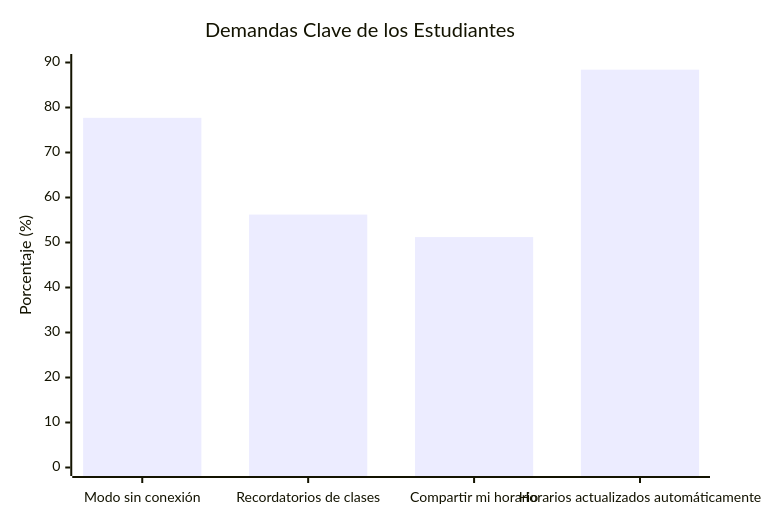
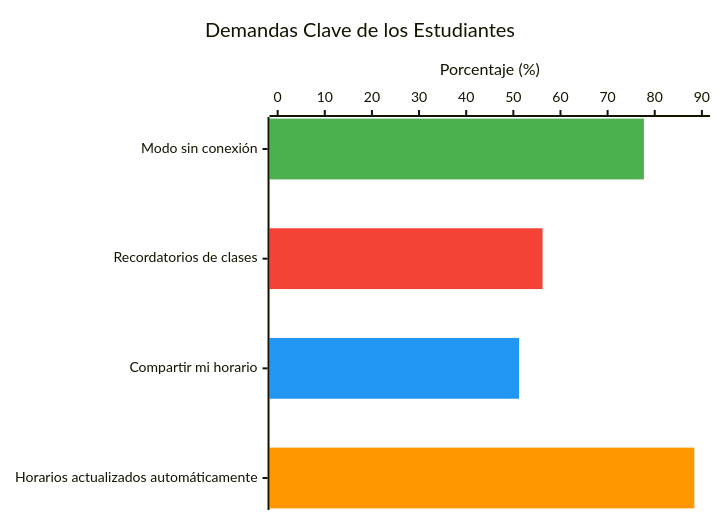
Before and after one commit to smith-3/Taller-Grado-II: the diagram in images/diagrams/encuesta_demandas.mmd, drawn with Mermaid. The commit also changed 10 other files, not shown here.

```diff
--- a/images/diagrams/encuesta_demandas.mmd
+++ b/images/diagrams/encuesta_demandas.mmd
@@ -1,5 +1,20 @@
-xychart-beta
+%%{init: {
+  'theme': 'default',
+  'themeVariables': {
+    'xyChart': {
+      'plotColorPalette': '#4CAF50, #F44336, #2196F3, #FF9800'
+    }
+  }
+}}%%
+xychart-beta horizontal
     title "Demandas Clave de los Estudiantes"
     x-axis ["Modo sin conexión", "Recordatorios de clases", "Compartir mi horario", "Horarios actualizados automáticamente"]
     y-axis "Porcentaje (%)" 0 --> 90
-    bar [77.7, 56.2, 51.2, 88.4]
+    %% Modo sin conexión -> verde
+    bar [77.7, -1.9, -1.9, -1.9]
+    %% Recordatorios de clases -> rojo
+    bar [-1.9, 56.2, -1.9, -1.9]
+    %% Compartir mi horario -> azul
+    bar [-1.9, -1.9, 51.2, -1.9]
+    %% Horarios actualizados automáticamente -> naranja
+    bar [-1.9, -1.9, -1.9, 88.4]
```
